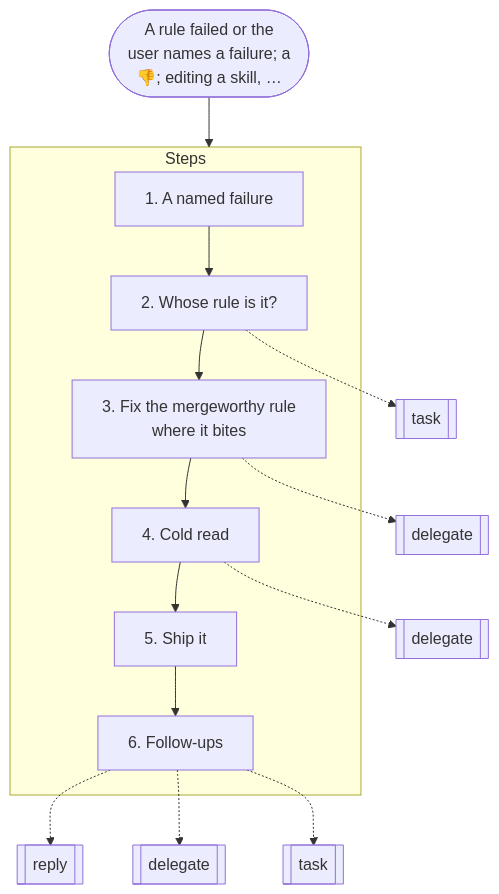
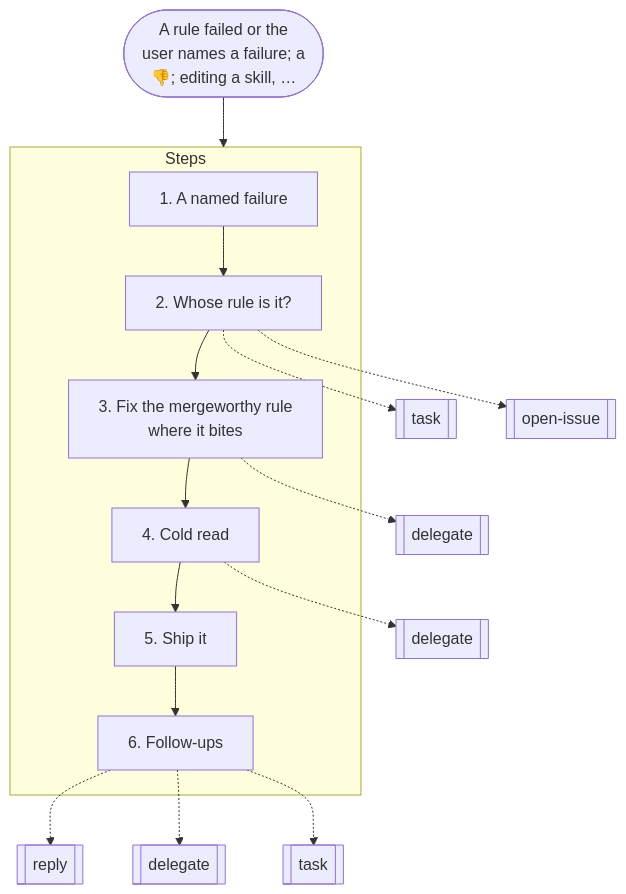
One commit to nitedani-agent/mergeworthy changed the ninth of 19 diagrams in docs/graphs.md. Above: the diagram before and after it, drawn with Mermaid. The commit also changed other lines of this file and 15 other files, not shown here.

````diff
--- a/docs/graphs.md
+++ b/docs/graphs.md
@@ -237,24 +237,25 @@
 ```mermaid
 flowchart TB
   start(["A rule failed or the<br/>user names a failure; a<br/>👎; editing a skill, …"])
   subgraph g0["Steps"]
     s0["1. A named failure"]
     s1["2. Whose rule is it?"]
     s0 --> s1
     s2["3. Fix the mergeworthy rule<br/>where it bites"]
     s1 --> s2
     s3["4. Cold read"]
     s2 --> s3
     s4["5. Ship it"]
     s3 --> s4
     s5["6. Follow-ups"]
     s4 --> s5
   end
   s1 -.-> r1[["task"]]
-  s2 -.-> r2[["delegate"]]
-  s3 -.-> r3[["delegate"]]
-  s5 -.-> r4[["reply"]]
-  s5 -.-> r5[["delegate"]]
-  s5 -.-> r6[["task"]]
+  s1 -.-> r2[["open-issue"]]
+  s2 -.-> r3[["delegate"]]
+  s3 -.-> r4[["delegate"]]
+  s5 -.-> r5[["reply"]]
+  s5 -.-> r6[["delegate"]]
+  s5 -.-> r7[["task"]]
   start --> g0
 ```
````
